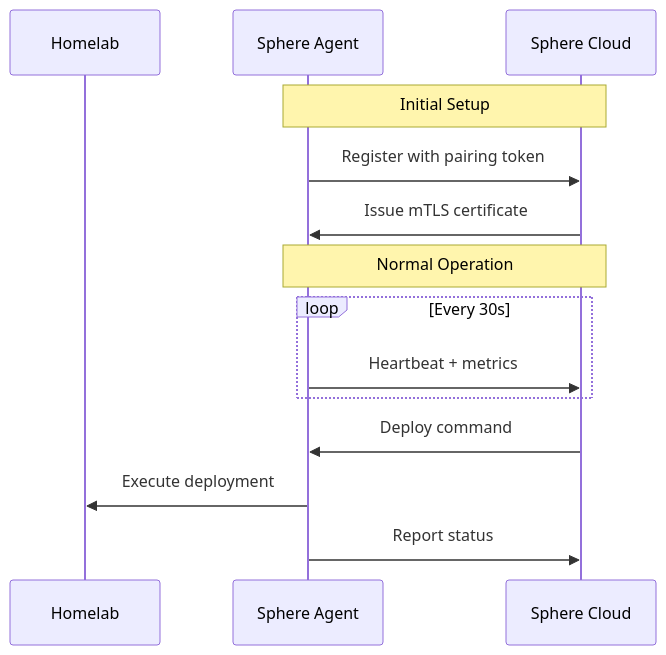
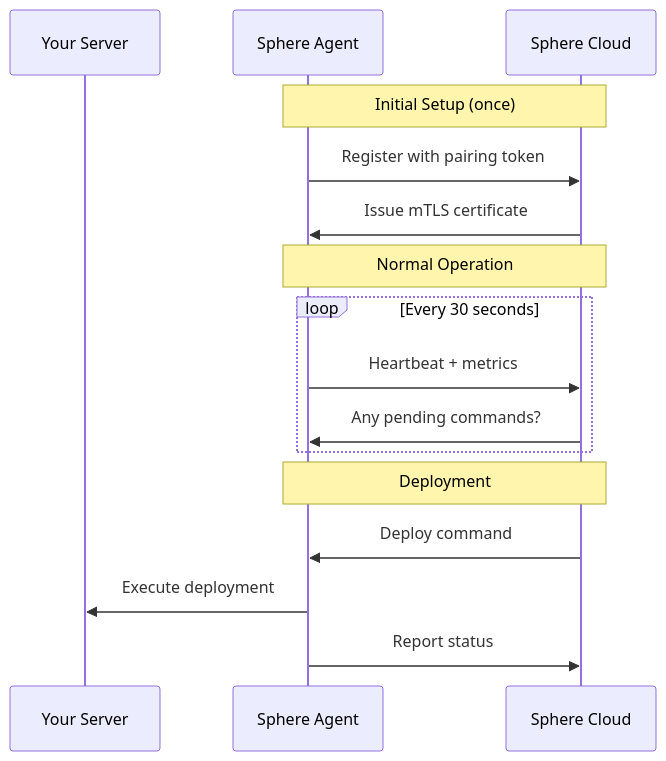
Before and after one commit to KombiverseLabs/docs: the third of 3 diagrams in sphere/overview.mdx, drawn with Mermaid. The commit also changed other lines of this file and 31 other files, not shown here.

````diff
--- a/sphere/overview.mdx
+++ b/sphere/overview.mdx
@@ -135,19 +159,21 @@
 ```mermaid
 sequenceDiagram
-    participant Homelab
+    participant Homelab as Your Server
     participant Agent as Sphere Agent
     participant Sphere as Sphere Cloud
     
-    Note over Agent,Sphere: Initial Setup
+    Note over Agent,Sphere: Initial Setup (once)
     Agent->>Sphere: Register with pairing token
     Sphere->>Agent: Issue mTLS certificate
     
     Note over Agent,Sphere: Normal Operation
-    loop Every 30s
+    loop Every 30 seconds
         Agent->>Sphere: Heartbeat + metrics
+        Sphere->>Agent: Any pending commands?
     end
     
+    Note over Agent,Sphere: Deployment
     Sphere->>Agent: Deploy command
     Agent->>Homelab: Execute deployment
     Agent->>Sphere: Report status
 ```
````
